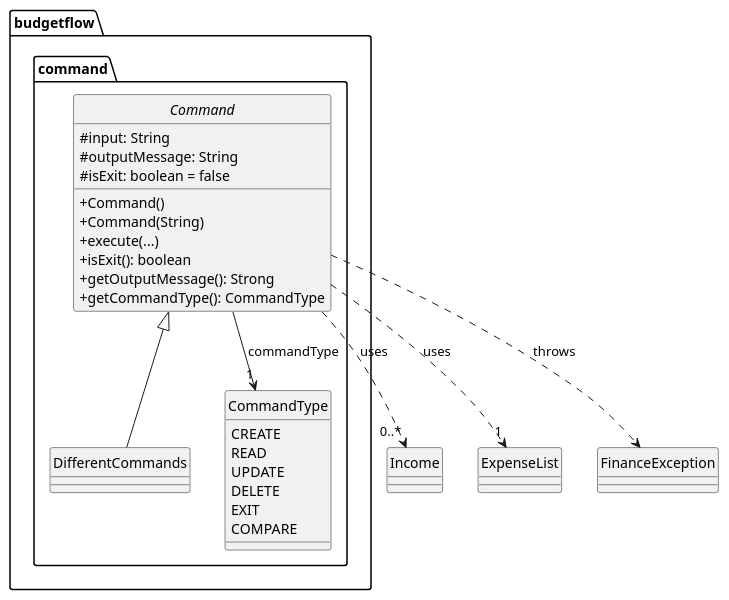
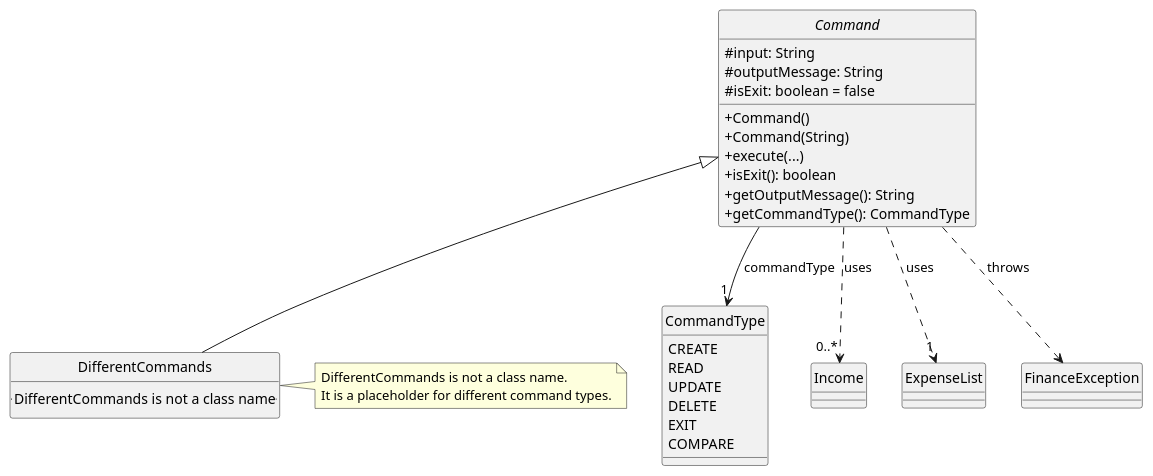
The diagram in docs/diagrams/Command_class.puml (thienkimtranhoang/tp), drawn with PlantUML before and after one commit. The commit also changed 27 other files, not shown here.

```diff
--- a/docs/diagrams/Command_class.puml
+++ b/docs/diagrams/Command_class.puml
@@ -1,39 +1,51 @@
 @startuml
 'https://plantuml.com/class-diagram
 hide circle
 skinparam classAttributeIconSize 0
-package budgetflow.command {
-    abstract class Command {
-        #input: String
-        #outputMessage: String
-        #isExit: boolean = false
-        +Command()
-        +Command(String)
-        +execute(...)
-        +isExit(): boolean
-        +getOutputMessage(): Strong
-        +getCommandType(): CommandType
-    }
-    class DifferentCommands
-    enum CommandType {
+
+' Define the Command class and its structure
+abstract class Command {
+    #input: String
+    #outputMessage: String
+    #isExit: boolean = false
+    + Command()
+    + Command(String)
+    + execute(...)
+    + isExit(): boolean
+    + getOutputMessage(): String
+    + getCommandType(): CommandType
+}
+
+' Define the DifferentCommands and CommandType enum
+class DifferentCommands {
+    .. DifferentCommands is not a class name ..
+}
+
+enum CommandType {
     CREATE
     READ
     UPDATE
     DELETE
     EXIT
     COMPARE
-    }
 }
 
+' Define the other classes
 class Income
 class ExpenseList
+class FinanceException
 
-class FinanceException
+' Define relationships and usage
 DifferentCommands -up-|> Command
-Command ..> "0..*" Income:  uses
+Command ..> "0..*" Income: uses
 Command ..> "1" ExpenseList: uses
 Command --> "1" CommandType: commandType
 Command ..> FinanceException: throws
 
+' Add a note for clarification
+note right of DifferentCommands
+  DifferentCommands is not a class name.
+  It is a placeholder for different command types.
+end note
 
 @enduml
```
